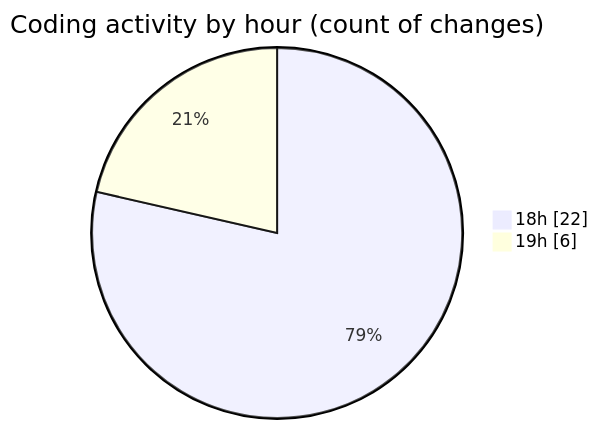
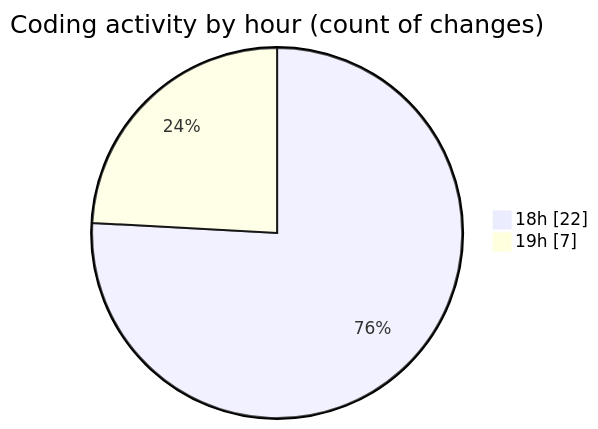
The second of 2 diagrams in 2025-04-29/back-end/README.md (Netris89/code-tracking), drawn with Mermaid before and after one commit. The commit also changed other lines of this file and 1 other file, not shown here.

````diff
--- a/2025-04-29/back-end/README.md
+++ b/2025-04-29/back-end/README.md
@@ -31,6 +31,6 @@
 ```mermaid
 pie showData
 title Coding activity by hour (count of changes)
 "18h" : 22
-"19h" : 6
+"19h" : 7
 ```
````
